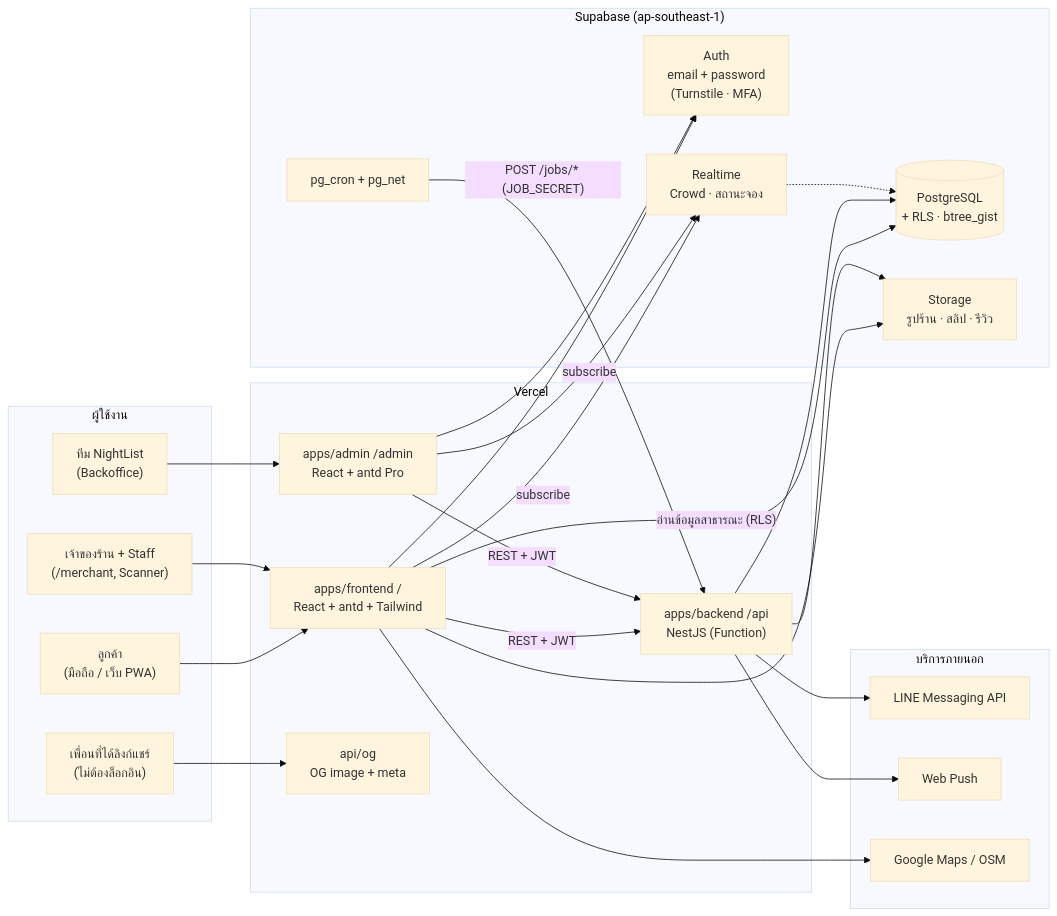
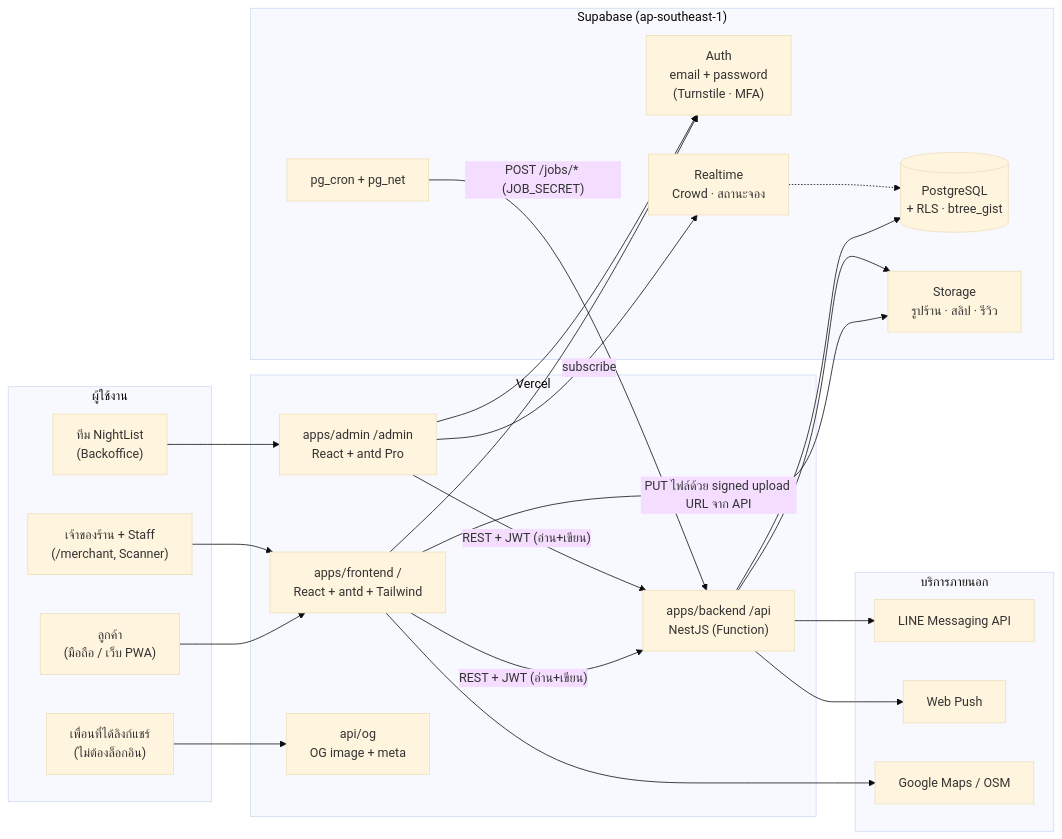
One commit to NightList/NightList changed the first of 7 diagrams in docs/ARCHITECTURE.md. Above: the diagram before and after it, drawn with Mermaid (base theme). The commit also changed other lines of this file and 4 other files, not shown here.

First line of the commit message:
docs: Data Flow Standard ใน ARCHITECTURE.md + ADR 0001/0002 (ย้ายการเรียก DB ตรงไป Backend API)

````diff
--- a/docs/ARCHITECTURE.md
+++ b/docs/ARCHITECTURE.md
@@ -7,46 +7,45 @@
 ```mermaid
 flowchart LR
   subgraph Clients["ผู้ใช้งาน"]
     C["ลูกค้า<br/>(มือถือ / เว็บ PWA)"]
     M["เจ้าของร้าน + Staff<br/>(/merchant, Scanner)"]
     A["ทีม NightList<br/>(Backoffice)"]
     F["เพื่อนที่ได้ลิงก์แชร์<br/>(ไม่ต้องล็อกอิน)"]
   end
 
   subgraph Vercel["Vercel"]
     WEB["apps/frontend  /<br/>React + antd + Tailwind"]
     ADM["apps/admin  /admin<br/>React + antd Pro"]
     OG["api/og<br/>OG image + meta"]
     API["apps/backend  /api<br/>NestJS (Function)"]
   end
 
   subgraph Supabase["Supabase (ap-southeast-1)"]
     AUTH["Auth<br/>email + password<br/>(Turnstile · MFA)"]
     DB[("PostgreSQL<br/>+ RLS · btree_gist")]
     ST["Storage<br/>รูปร้าน · สลิป · รีวิว"]
     RT["Realtime<br/>Crowd · สถานะจอง"]
     CRON["pg_cron + pg_net"]
   end
 
   subgraph External["บริการภายนอก"]
     LINE["LINE Messaging API"]
     PUSH["Web Push"]
     MAP["Google Maps / OSM"]
   end
 
   C & M --> WEB
   A --> ADM
   F --> OG
-  WEB & ADM -- "REST + JWT" --> API
-  WEB -- "อ่านข้อมูลสาธารณะ (RLS)" --> DB
-  WEB & ADM -- "subscribe" --> RT
+  WEB & ADM -- "REST + JWT (อ่าน+เขียน)" --> API
+  ADM -- "subscribe" --> RT
   WEB & ADM --> AUTH
-  WEB --> ST
+  WEB -- "PUT ไฟล์ด้วย signed upload URL จาก API" --> ST
   WEB --> MAP
   API --> DB
   API --> ST
   API --> LINE
   API --> PUSH
   CRON -- "POST /jobs/* (JOB_SECRET)" --> API
   RT -.-> DB
 ```
````
